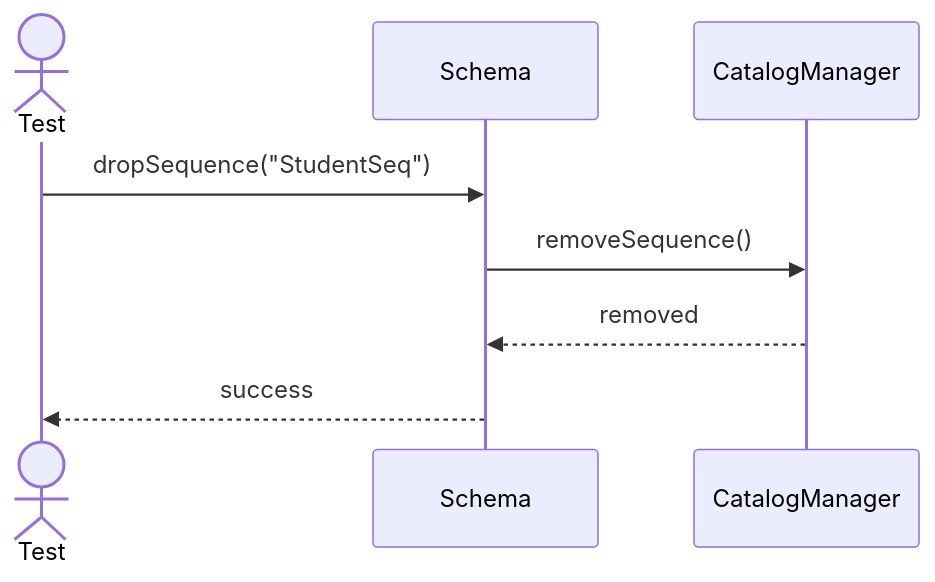
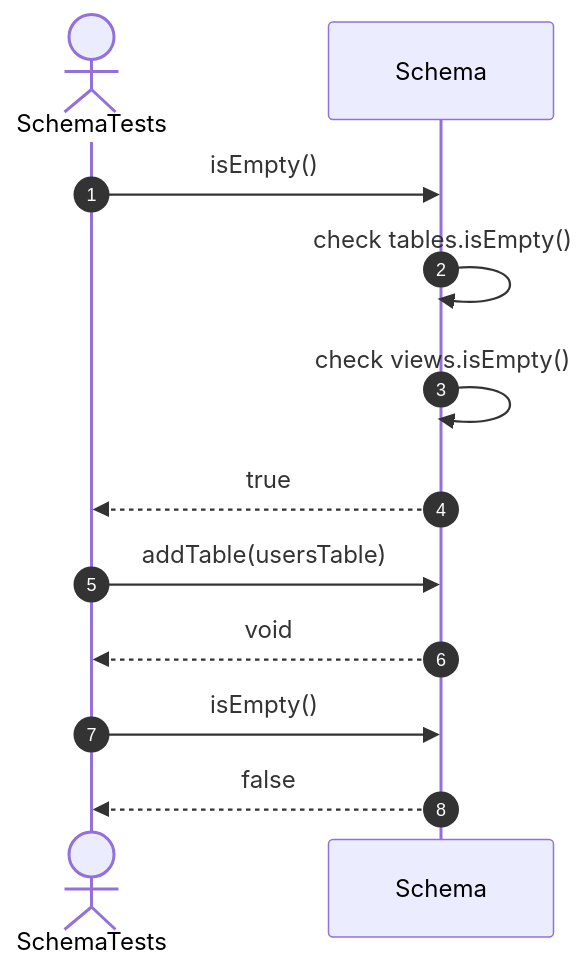
Before and after one commit to FhuAnn/-bbv-AN-s-DBMS: diagram 14 of 15 in src/tests/unit/metadata/sequences/schemas-testing-sequences.md, drawn with Mermaid. The commit also changed other lines of this file and 60 other files, not shown here.

Commit message:
refactor data table, row, column, constraint, index test file

````diff
--- a/src/tests/unit/metadata/sequences/schemas-testing-sequences.md
+++ b/src/tests/unit/metadata/sequences/schemas-testing-sequences.md
@@ -392,11 +253,17 @@
 ```mermaid
 sequenceDiagram
-actor Test
-participant Schema
-participant CatalogManager
+    autonumber
+    actor Test as SchemaTests
+    participant Schema as Schema
 
-Test->>Schema: dropSequence("StudentSeq")
-Schema->>CatalogManager: removeSequence()
-CatalogManager-->>Schema: removed
-Schema-->>Test: success
+    Test->>Schema: isEmpty()
+    Schema->>Schema: check tables.isEmpty()
+    Schema->>Schema: check views.isEmpty()
+    Schema-->>Test: true
+
+    Test->>Schema: addTable(usersTable)
+    Schema-->>Test: void
+
+    Test->>Schema: isEmpty()
+    Schema-->>Test: false
 ```
````
